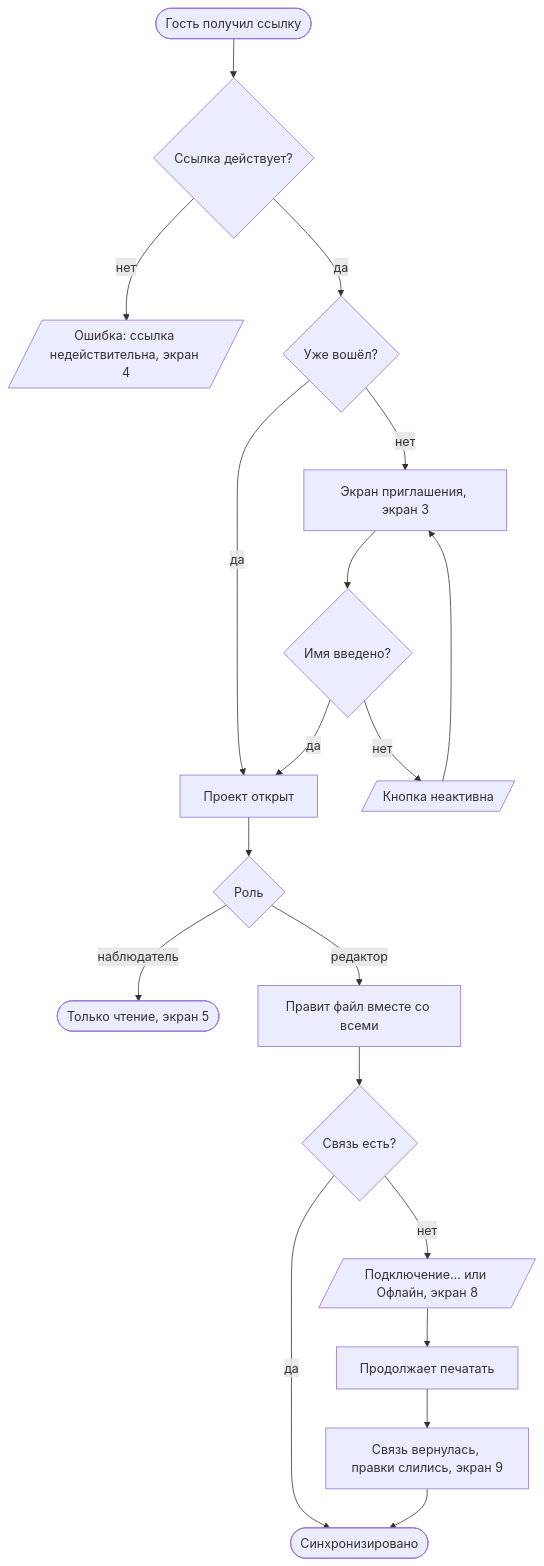
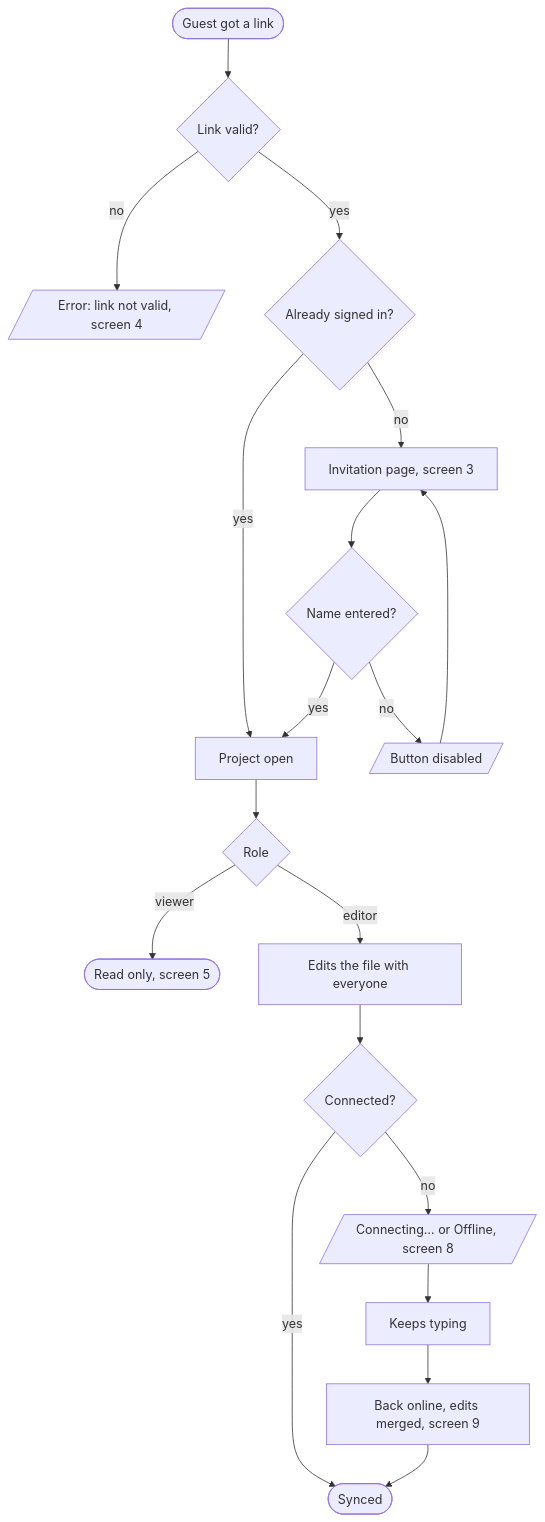
The diagram in docs/ux/diagrams/flow-1-join.mmd (oCMEXo/my-Diplom), drawn with Mermaid before and after one commit. The commit also changed 40 other files, not shown here.

Commit message:
English README, database and UX documents, with new screenshots, diagrams and PDF

```diff
--- a/docs/ux/diagrams/flow-1-join.mmd
+++ b/docs/ux/diagrams/flow-1-join.mmd
@@ -1,16 +1,16 @@
 flowchart TD
-  A([Гость получил ссылку]) --> C{Ссылка действует?}
-  C -- нет --> E1[/Ошибка: ссылка недействительна, экран 4/]
-  C -- да --> D{Уже вошёл?}
-  D -- да --> J[Проект открыт]
-  D -- нет --> F[Экран приглашения, экран 3]
-  F --> H{Имя введено?}
-  H -- нет --> E2[/Кнопка неактивна/] --> F
-  H -- да --> J
-  J --> K{Роль}
-  K -- наблюдатель --> R([Только чтение, экран 5])
-  K -- редактор --> L[Правит файл вместе со всеми]
-  L --> M{Связь есть?}
-  M -- да --> Z([Синхронизировано])
-  M -- нет --> N[/Подключение… или Офлайн, экран 8/]
-  N --> O[Продолжает печатать] --> P[Связь вернулась, правки слились, экран 9] --> Z
+  A([Guest got a link]) --> C{Link valid?}
+  C -- no --> E1[/Error: link not valid, screen 4/]
+  C -- yes --> D{Already signed in?}
+  D -- yes --> J[Project open]
+  D -- no --> F[Invitation page, screen 3]
+  F --> H{Name entered?}
+  H -- no --> E2[/Button disabled/] --> F
+  H -- yes --> J
+  J --> K{Role}
+  K -- viewer --> R([Read only, screen 5])
+  K -- editor --> L[Edits the file with everyone]
+  L --> M{Connected?}
+  M -- yes --> Z([Synced])
+  M -- no --> N[/Connecting… or Offline, screen 8/]
+  N --> O[Keeps typing] --> P[Back online, edits merged, screen 9] --> Z
```
